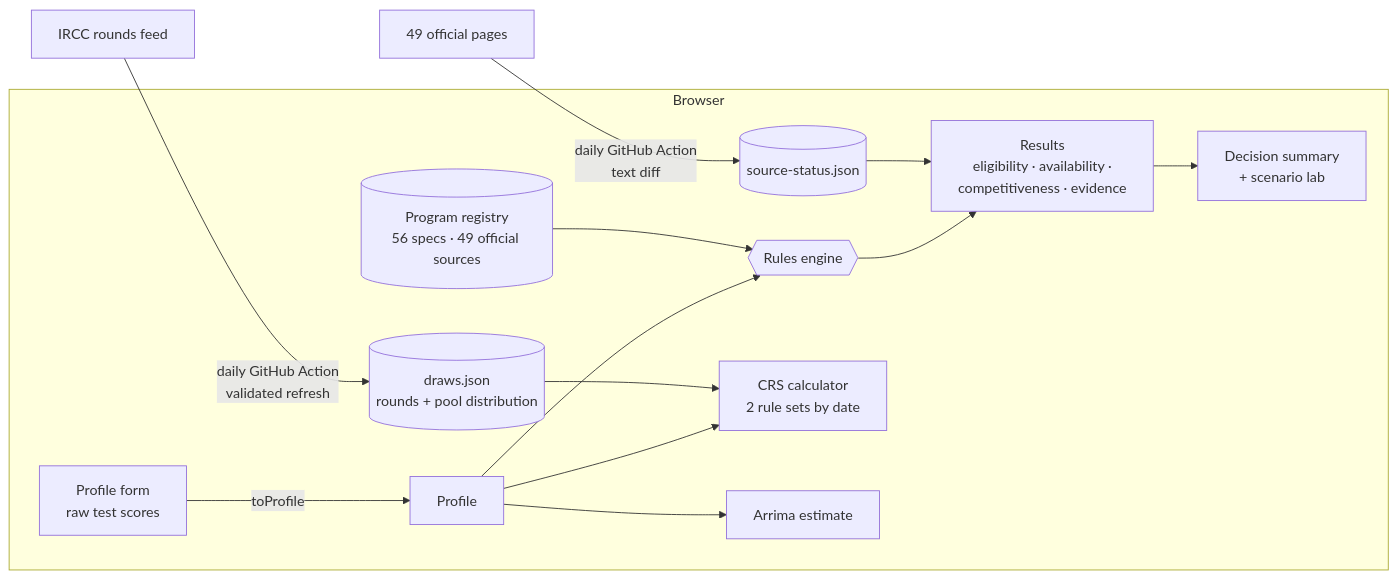
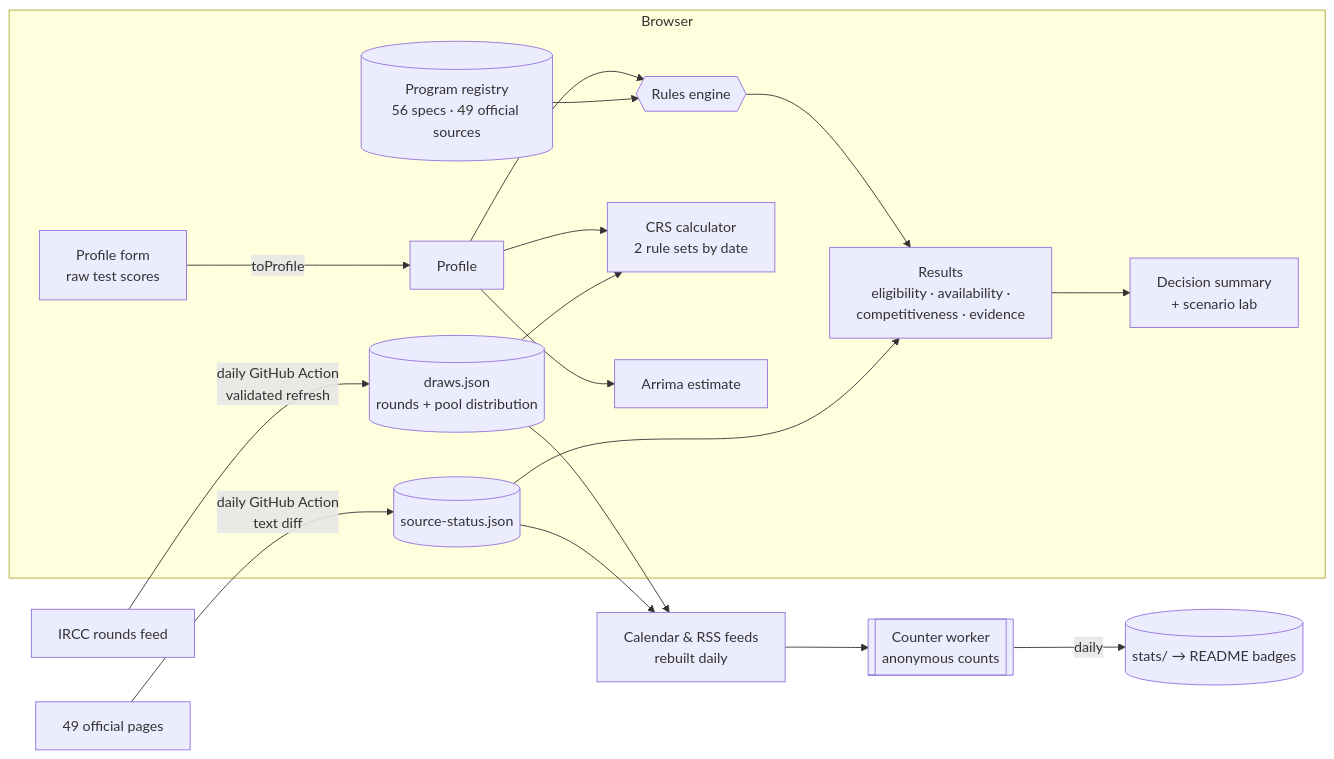
Before and after one commit to EllenSyuu/IMMCA: the diagram in README.md, drawn with Mermaid. The commit also changed other lines of this file and 43 other files, not shown here.

Commit message:
feat: calendar and RSS subscriptions, installable app, open-source anonymous usage counter and README stats

````diff
--- a/README.md
+++ b/README.md
@@ -48,16 +56,20 @@
 ```mermaid
 flowchart LR
   subgraph Browser
     F[Profile form<br/>raw test scores] -->|toProfile| P[Profile]
     P --> E{{Rules engine}}
     R[(Program registry<br/>56 specs · 49 official sources)] --> E
     E --> V[Results<br/>eligibility · availability ·<br/>competitiveness · evidence]
     V --> S[Decision summary<br/>+ scenario lab]
     M[(source-status.json)] --> V
     P --> C[CRS calculator<br/>2 rule sets by date]
     P --> A[Arrima estimate]
     D[(draws.json<br/>rounds + pool distribution)] --> C
   end
   I[IRCC rounds feed] -->|daily GitHub Action<br/>validated refresh| D
   G[49 official pages] -->|daily GitHub Action<br/>text diff| M
+  D --> FE[Calendar & RSS feeds<br/>rebuilt daily]
+  M --> FE
+  FE --> CW[[Counter worker<br/>anonymous counts]]
+  CW -->|daily| ST[(stats/ → README badges)]
 ```
````
